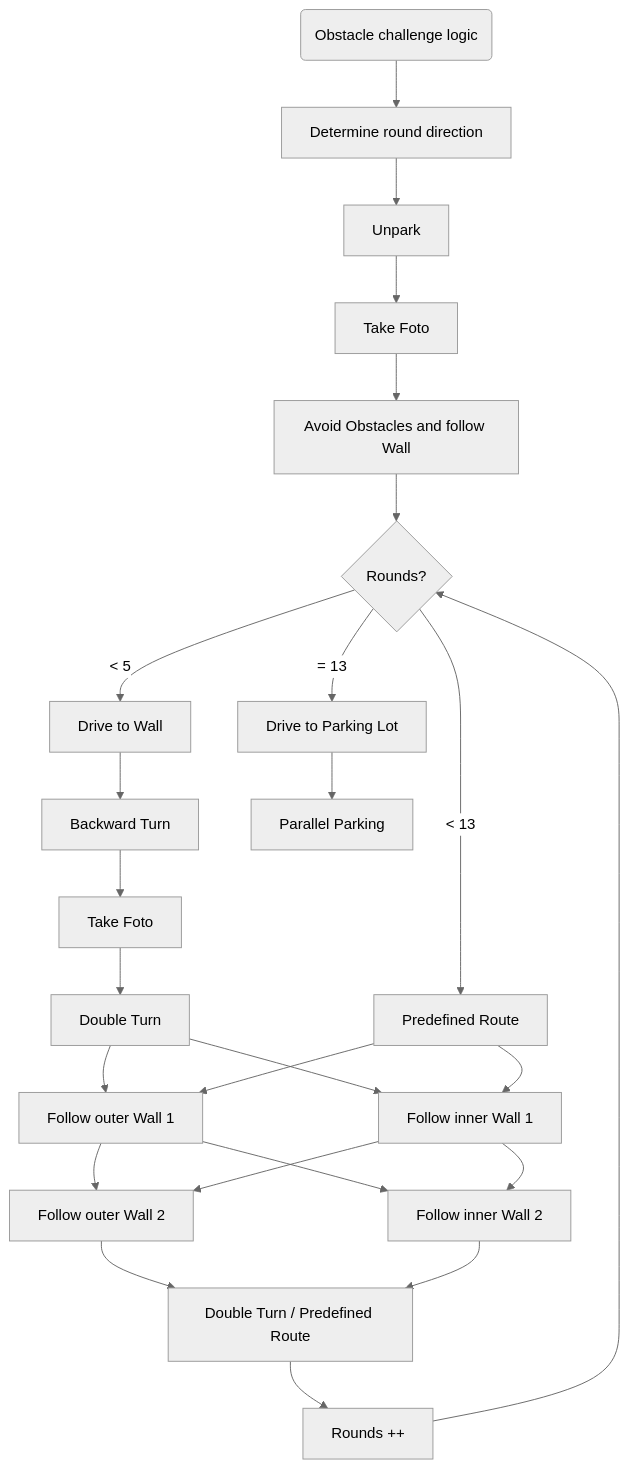
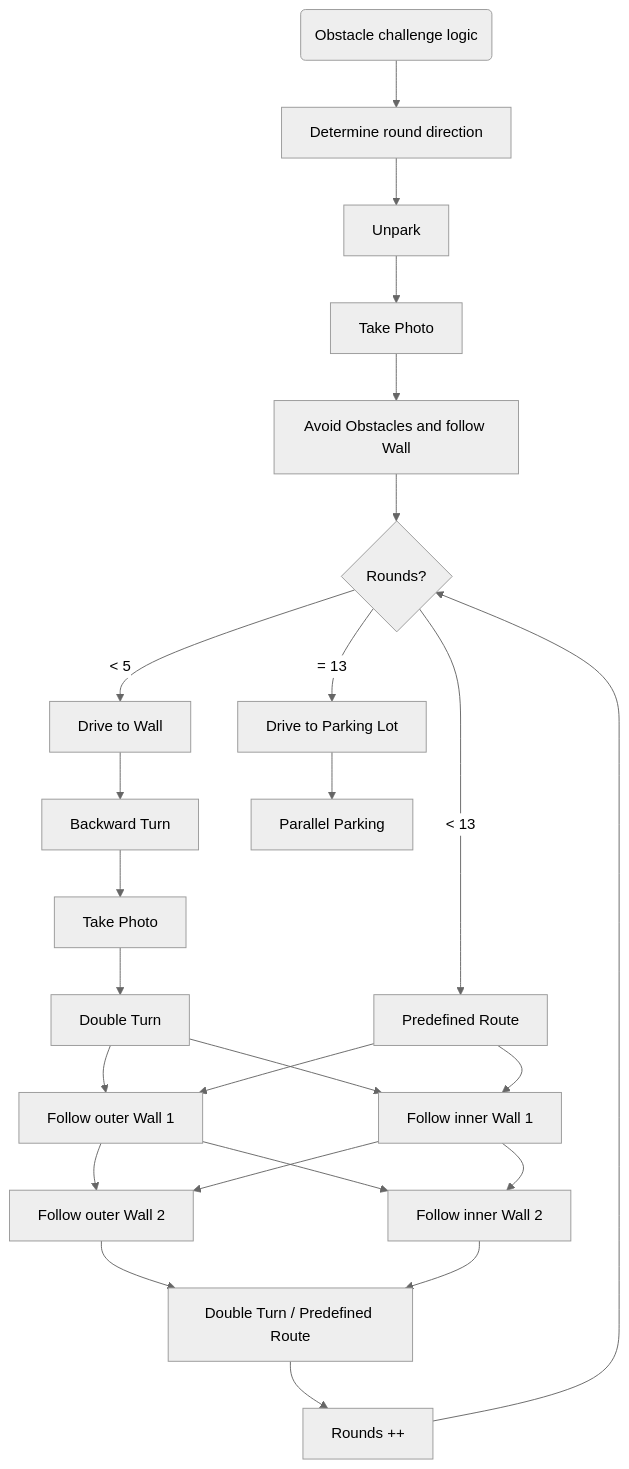
One commit to flawil-beavers/Future-Engineers_2025 changed the seventh of 9 diagrams in README.md. Above: the diagram before and after it, drawn with Mermaid (neutral theme). The commit also changed other lines of this file, not shown here.

````diff
--- a/README.md
+++ b/README.md
@@ -436,26 +473,26 @@
 ```mermaid
 flowchart TD
     open("Obstacle challenge logic") --> side["Determine round direction"]
     side --> unpark["Unpark"]
-    unpark --> foto["Take Foto"]
-    foto --> route["Avoid Obstacles and follow Wall"]
+    unpark --> photo["Take Photo"]
+    photo --> route["Avoid Obstacles and follow Wall"]
     route --> rounds{"Rounds?"}
     rounds --> |"< 5"| dw["Drive to Wall"]
     dw --> back["Backward Turn"]
-    back --> foto2["Take Foto"]
-    foto2 --> double1["Double Turn"]
+    back --> photo2["Take Photo"]
+    photo2 --> double1["Double Turn"]
     double1 --> fol1["Follow outer Wall 1"]
     double1 --> fol2["Follow inner Wall 1"]
     fol3["Follow outer Wall 2"]
     fol4["Follow inner Wall 2"]
     fol1 & fol2 --> fol3 & fol4
     fol3 & fol4 --> double2["Double Turn / Predefined Route"]
     double2 --> increment["Rounds ++"]
     increment --> rounds
 
     rounds --> |"< 13"| predefroute["Predefined Route"]
     predefroute --> fol1 & fol2
 
     rounds --> |"= 13"| drpark["Drive to Parking Lot"]
     drpark --> park["Parallel Parking"]
 ```
````
